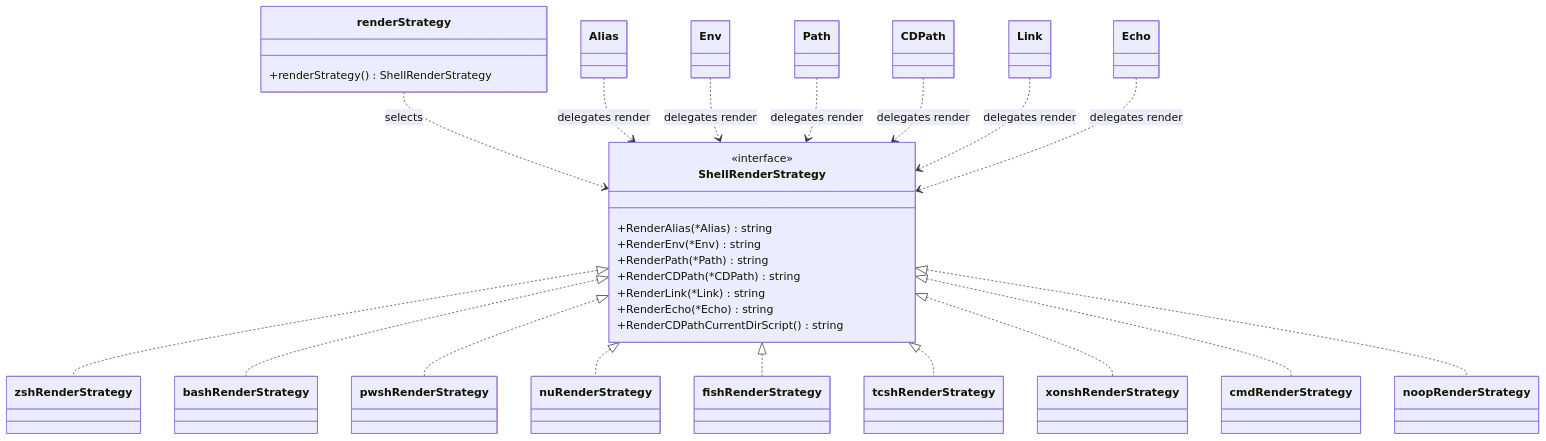
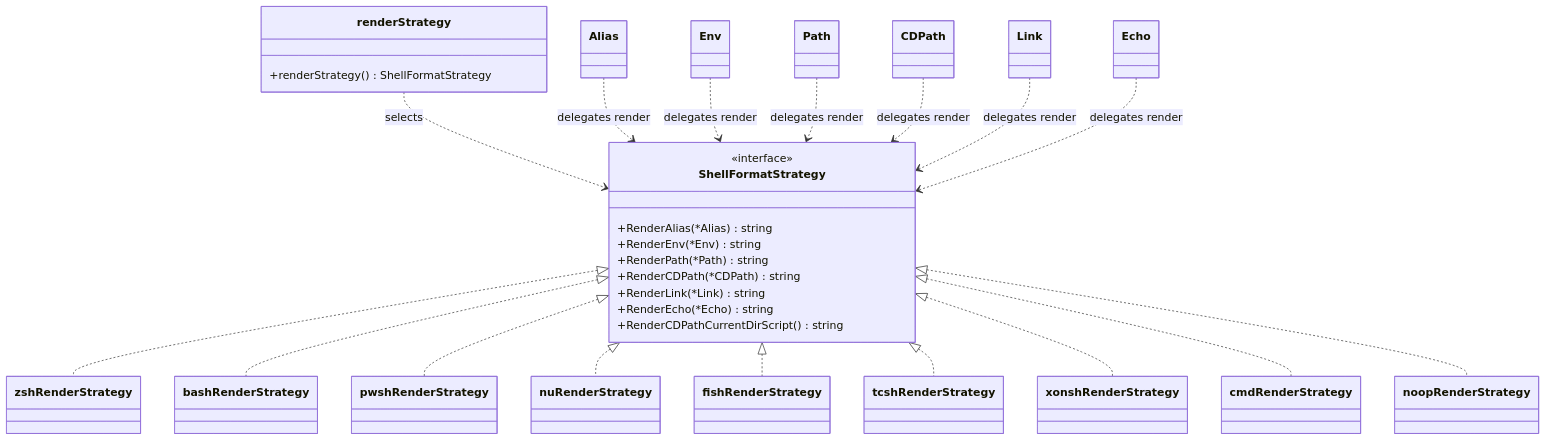
Before and after one commit to trajano/aliae: the first of 2 diagrams in website/docs/introduction.mdx, drawn with Mermaid. The commit also changed other lines of this file and 2 other files, not shown here.

Commit message:
refactor: rename shell render strategy to format strategy

````diff
--- a/website/docs/introduction.mdx
+++ b/website/docs/introduction.mdx
@@ -83,52 +83,52 @@
 ```mermaid
 classDiagram
     class renderStrategy {
-      +renderStrategy() ShellRenderStrategy
+      +renderStrategy() ShellFormatStrategy
     }
 
-    class ShellRenderStrategy {
+    class ShellFormatStrategy {
       <<interface>>
       +RenderAlias(*Alias) string
       +RenderEnv(*Env) string
       +RenderPath(*Path) string
       +RenderCDPath(*CDPath) string
       +RenderLink(*Link) string
       +RenderEcho(*Echo) string
       +RenderCDPathCurrentDirScript() string
     }
 
     class zshRenderStrategy
     class bashRenderStrategy
     class pwshRenderStrategy
     class nuRenderStrategy
     class fishRenderStrategy
     class tcshRenderStrategy
     class xonshRenderStrategy
     class cmdRenderStrategy
     class noopRenderStrategy
 
     class Alias
     class Env
     class Path
     class CDPath
     class Link
     class Echo
 
-    renderStrategy ..> ShellRenderStrategy : selects
-    ShellRenderStrategy <|.. zshRenderStrategy
-    ShellRenderStrategy <|.. bashRenderStrategy
-    ShellRenderStrategy <|.. pwshRenderStrategy
-    ShellRenderStrategy <|.. nuRenderStrategy
-    ShellRenderStrategy <|.. fishRenderStrategy
-    ShellRenderStrategy <|.. tcshRenderStrategy
-    ShellRenderStrategy <|.. xonshRenderStrategy
-    ShellRenderStrategy <|.. cmdRenderStrategy
-    ShellRenderStrategy <|.. noopRenderStrategy
+    renderStrategy ..> ShellFormatStrategy : selects
+    ShellFormatStrategy <|.. zshRenderStrategy
+    ShellFormatStrategy <|.. bashRenderStrategy
+    ShellFormatStrategy <|.. pwshRenderStrategy
+    ShellFormatStrategy <|.. nuRenderStrategy
+    ShellFormatStrategy <|.. fishRenderStrategy
+    ShellFormatStrategy <|.. tcshRenderStrategy
+    ShellFormatStrategy <|.. xonshRenderStrategy
+    ShellFormatStrategy <|.. cmdRenderStrategy
+    ShellFormatStrategy <|.. noopRenderStrategy
 
-    Alias ..> ShellRenderStrategy : delegates render
-    Env ..> ShellRenderStrategy : delegates render
-    Path ..> ShellRenderStrategy : delegates render
-    CDPath ..> ShellRenderStrategy : delegates render
-    Link ..> ShellRenderStrategy : delegates render
-    Echo ..> ShellRenderStrategy : delegates render
+    Alias ..> ShellFormatStrategy : delegates render
+    Env ..> ShellFormatStrategy : delegates render
+    Path ..> ShellFormatStrategy : delegates render
+    CDPath ..> ShellFormatStrategy : delegates render
+    Link ..> ShellFormatStrategy : delegates render
+    Echo ..> ShellFormatStrategy : delegates render
 ```
````
